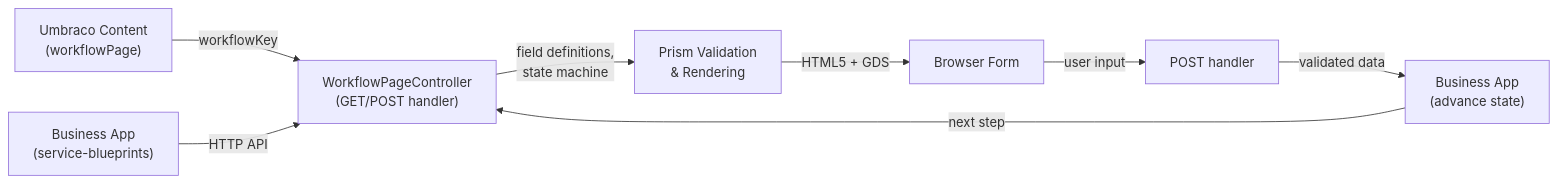
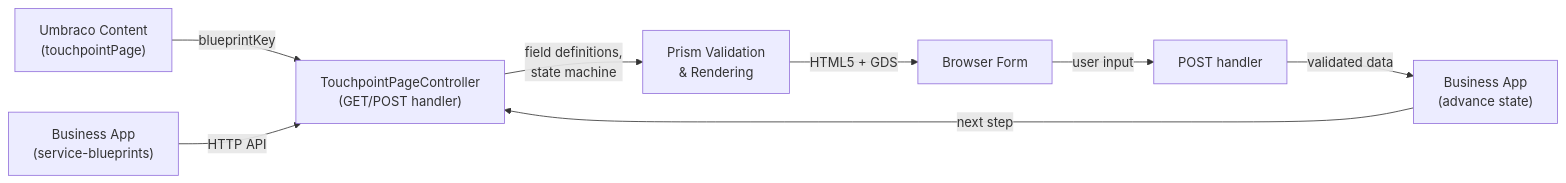
The first of 3 diagrams in docs/guides/service-blueprint-setup.md (jonnymuir/Umbraco.Prism), drawn with Mermaid before and after one commit. The commit also changed other lines of this file and 19 other files, not shown here.

````diff
--- a/docs/guides/service-blueprint-setup.md
+++ b/docs/guides/service-blueprint-setup.md
@@ -13,10 +13,10 @@
 ```mermaid
 graph LR
-    A["Umbraco Content<br/>(workflowPage)"] -->|workflowKey| B["WorkflowPageController<br/>(GET/POST handler)"]
+    A["Umbraco Content<br/>(touchpointPage)"] -->|blueprintKey| B["TouchpointPageController<br/>(GET/POST handler)"]
     C["Business App<br/>(service-blueprints)"] -->|HTTP API| B
     B -->|field definitions,<br/>state machine| D["Prism Validation<br/>& Rendering"]
     D -->|HTML5 + GDS| E["Browser Form"]
     E -->|user input| F["POST handler"]
     F -->|validated data| G["Business App<br/>(advance state)"]
     G -->|next step| B
 ```
````
